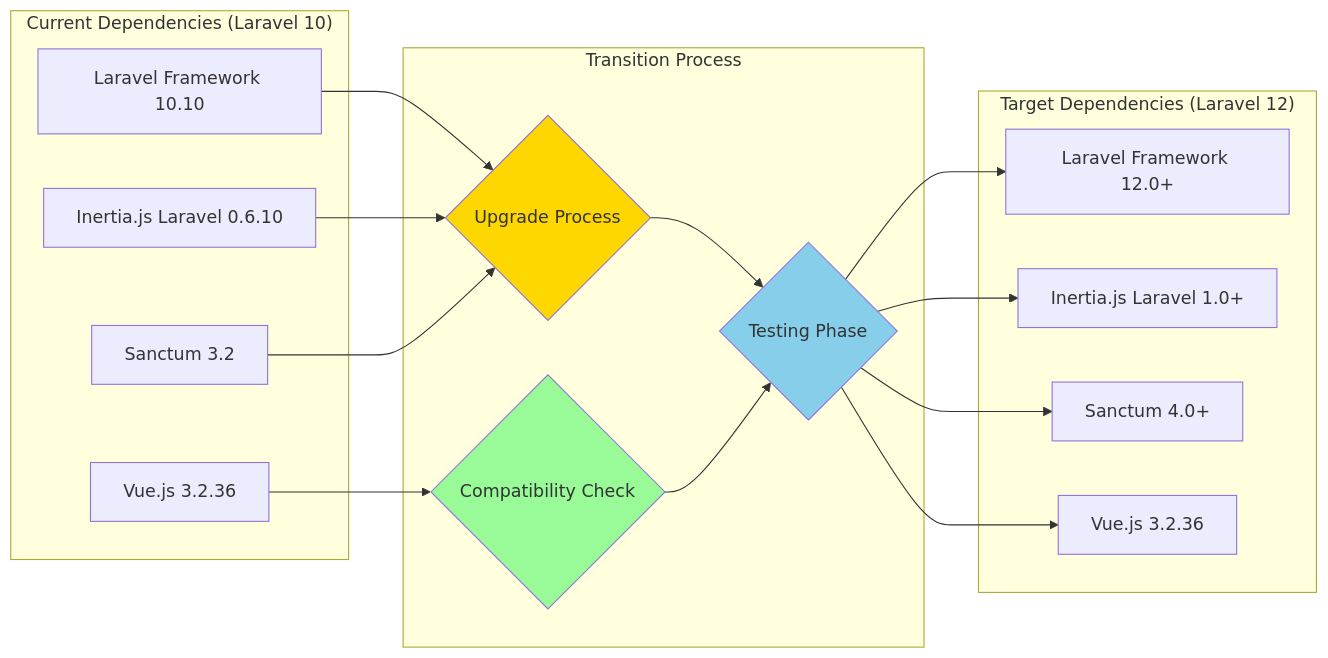
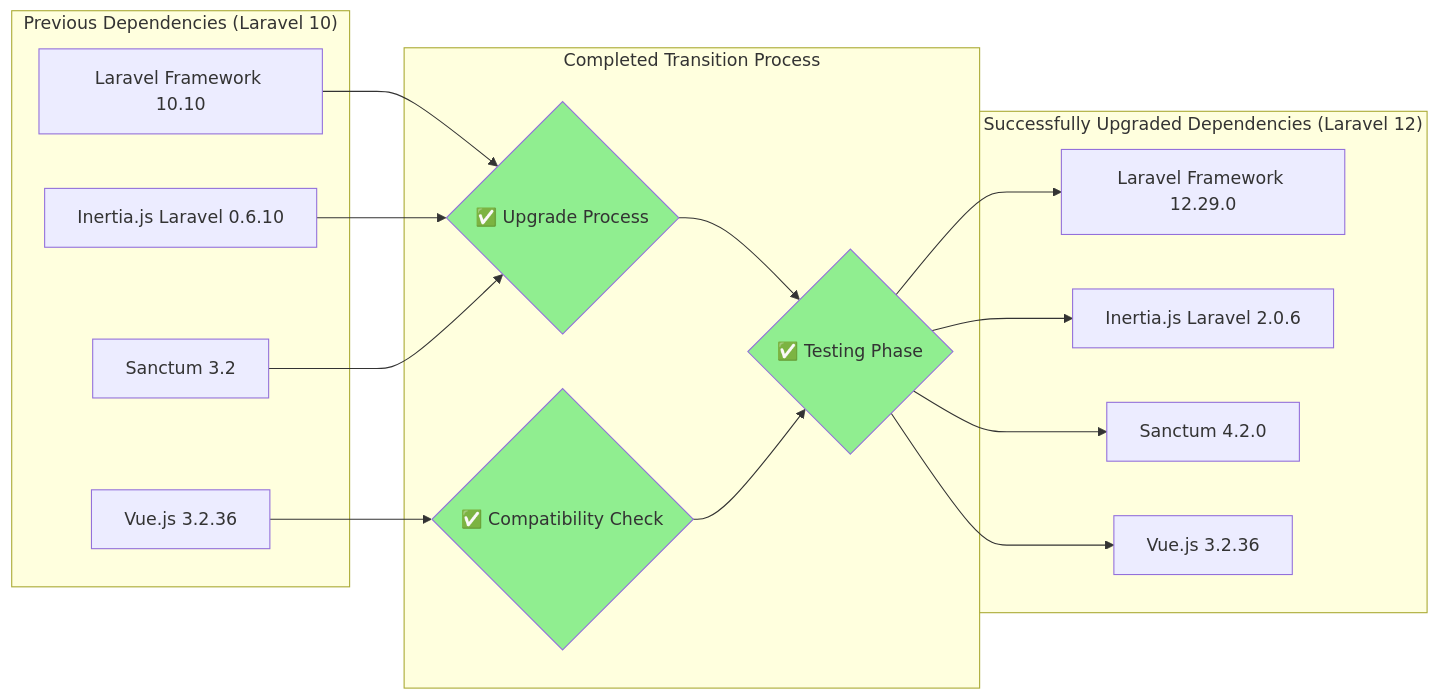
One commit to ltmoerdani/blazz changed the sixth of 15 diagrams in docs/laravel-12-upgrade/visual.md. Above: the diagram before and after it, drawn with Mermaid. The commit also changed other lines of this file and 9 other files, not shown here.

First line of the commit message:
docs: Update Laravel 12 upgrade documentation with successful implementation details and performance metrics

````diff
--- a/docs/laravel-12-upgrade/visual.md
+++ b/docs/laravel-12-upgrade/visual.md
@@ -251,39 +251,39 @@
 ```mermaid
 graph LR
-    subgraph "Current Dependencies (Laravel 10)"
+    subgraph "Previous Dependencies (Laravel 10)"
         L10[Laravel Framework 10.10]
         I06[Inertia.js Laravel 0.6.10]
         S32[Sanctum 3.2]
         V32[Vue.js 3.2.36]
     end
     
-    subgraph "Transition Process"
-        UPGRADE{Upgrade Process}
-        COMPAT{Compatibility Check}
-        TEST{Testing Phase}
+    subgraph "Completed Transition Process"
+        UPGRADE{✅ Upgrade Process}
+        COMPAT{✅ Compatibility Check}
+        TEST{✅ Testing Phase}
     end
     
-    subgraph "Target Dependencies (Laravel 12)"
-        L12[Laravel Framework 12.0+]
-        I10[Inertia.js Laravel 1.0+]
-        S40[Sanctum 4.0+]
+    subgraph "Successfully Upgraded Dependencies (Laravel 12)"
+        L12[Laravel Framework 12.29.0]
+        I10[Inertia.js Laravel 2.0.6]
+        S40[Sanctum 4.2.0]
         V32_SAME[Vue.js 3.2.36]
     end
     
     L10 --> UPGRADE
     I06 --> UPGRADE
     S32 --> UPGRADE
     V32 --> COMPAT
     
     UPGRADE --> TEST
     COMPAT --> TEST
     
     TEST --> L12
     TEST --> I10
     TEST --> S40
     TEST --> V32_SAME
     
-    style UPGRADE fill:#ffd700
-    style COMPAT fill:#98fb98
-    style TEST fill:#87ceeb
+    style UPGRADE fill:#90EE90
+    style COMPAT fill:#90EE90
+    style TEST fill:#90EE90
 ```
````
